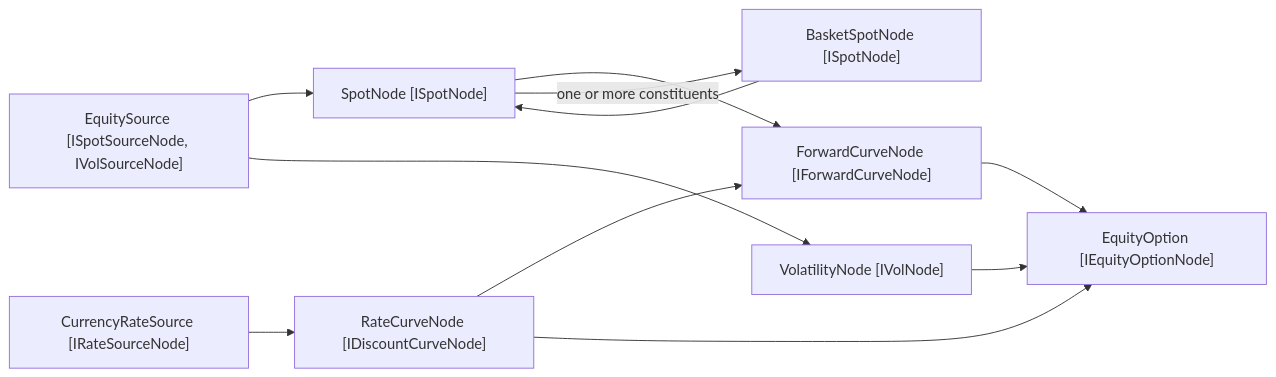
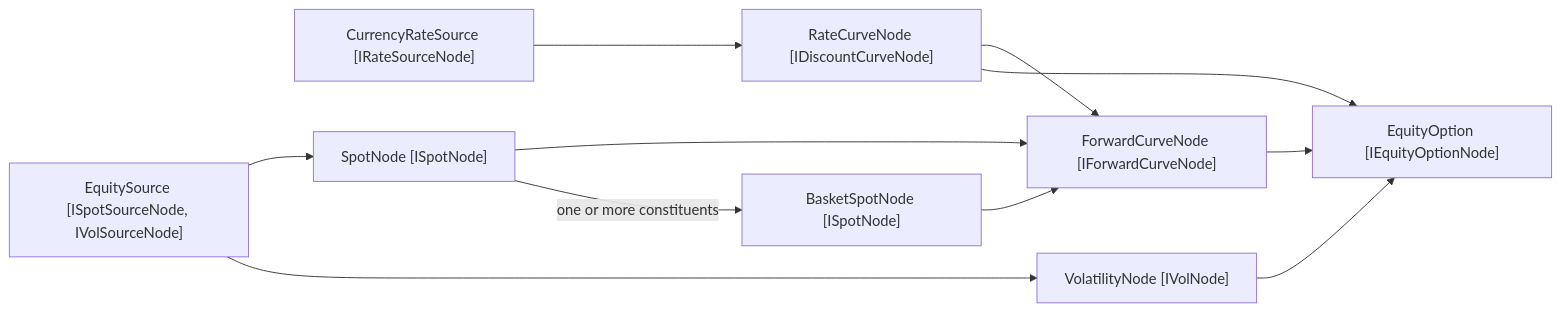
One commit to losterbr/EventGraph changed the diagram in README.md. Above: the diagram before and after it, drawn with Mermaid. The commit also changed 11 other files, not shown here.

````diff
--- a/README.md
+++ b/README.md
@@ -15,18 +15,18 @@
 ```mermaid
 flowchart LR
 	equity["EquitySource [ISpotSourceNode, IVolSourceNode]"]
 	rate["CurrencyRateSource [IRateSourceNode]"]
 
 	equity --> spot["SpotNode [ISpotNode]"]
 	equity --> volatility["VolatilityNode [IVolNode]"]
 	rate --> discount["RateCurveNode [IDiscountCurveNode]"]
 
 	spot --> forward["ForwardCurveNode [IForwardCurveNode]"]
 	discount --> forward
 	forward --> option["EquityOption [IEquityOptionNode]"]
 	volatility --> option
 	discount --> option
 
 	spot -->|one or more constituents| basket["BasketSpotNode [ISpotNode]"]
-	basket --> spot
+	basket --> forward
 ```
````
